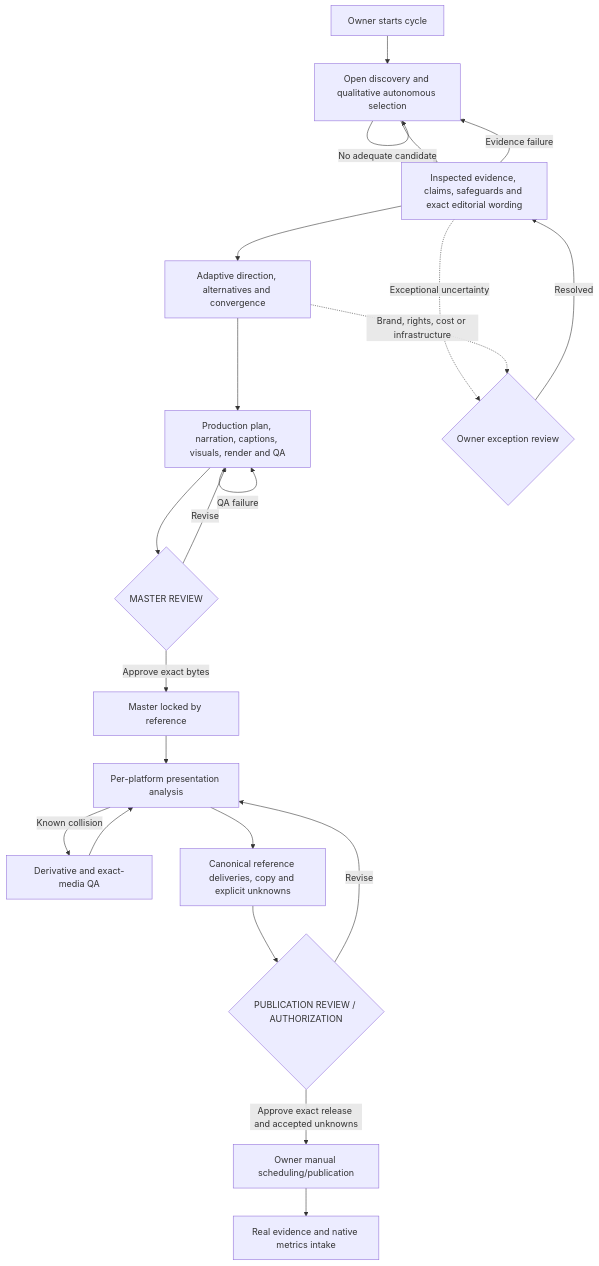
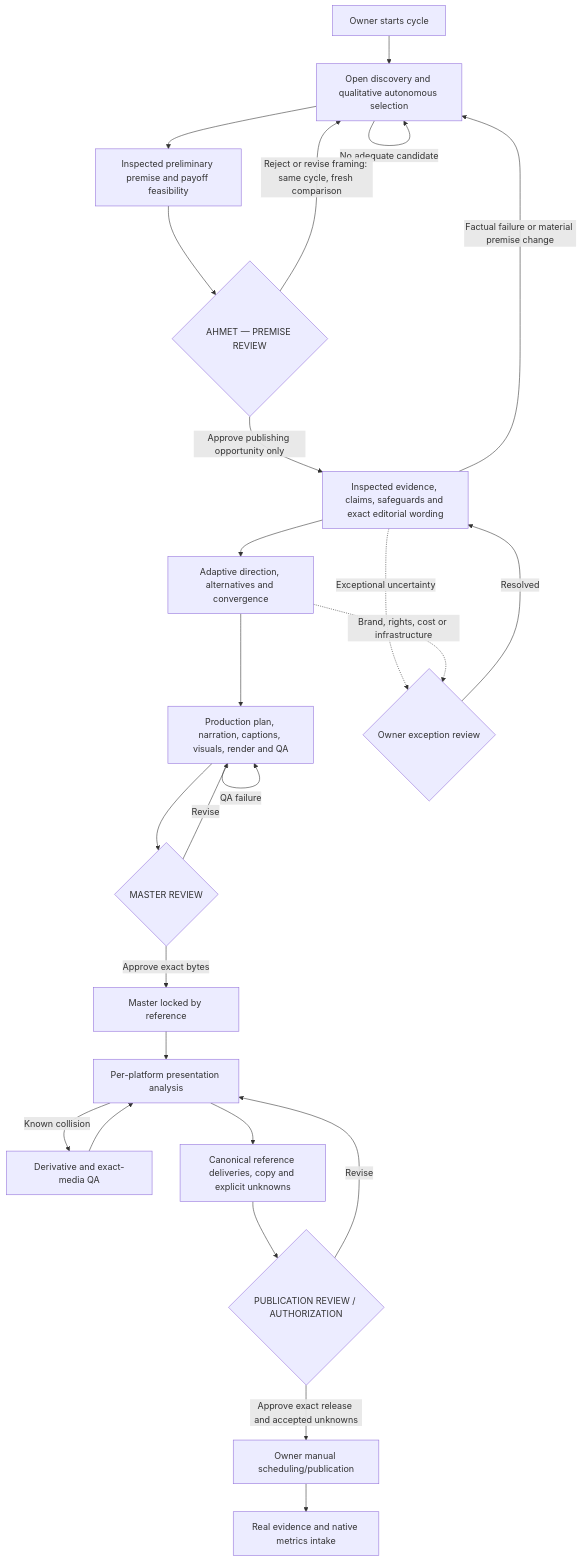
One commit to AhmetNishefci/Magnivis changed the diagram in docs/WORKFLOW-V3.md. Above: the diagram before and after it, drawn with Mermaid. The commit also changed other lines of this file and 29 other files, not shown here.

Commit message:
Add prospective premise review and contextual editorial learning

````diff
--- a/docs/WORKFLOW-V3.md
+++ b/docs/WORKFLOW-V3.md
@@ -9,24 +11,27 @@
 ```mermaid
 flowchart TD
   A[Owner starts cycle] --> B[Open discovery and qualitative autonomous selection]
   B -->|No adequate candidate| B
-  B --> C[Inspected evidence, claims, safeguards and exact editorial wording]
-  C -->|Evidence failure| B
+  B --> P[Inspected preliminary premise and payoff feasibility]
+  P --> Q{AHMET — PREMISE REVIEW}
+  Q -->|Reject or revise framing: same cycle, fresh comparison| B
+  Q -->|Approve publishing opportunity only| C[Inspected evidence, claims, safeguards and exact editorial wording]
+  C -->|Factual failure or material premise change| B
   C --> D[Adaptive direction, alternatives and convergence]
   D --> E[Production plan, narration, captions, visuals, render and QA]
   E -->|QA failure| E
   E --> F{MASTER REVIEW}
   F -->|Revise| E
   F -->|Approve exact bytes| G[Master locked by reference]
   G --> H[Per-platform presentation analysis]
   H -->|Known collision| I[Derivative and exact-media QA]
   I --> H
   H --> J[Canonical reference deliveries, copy and explicit unknowns]
   J --> K{PUBLICATION REVIEW / AUTHORIZATION}
   K -->|Revise| H
   K -->|Approve exact release and accepted unknowns| L[Owner manual scheduling/publication]
   L --> M[Real evidence and native metrics intake]
   C -. Exceptional uncertainty .-> X{Owner exception review}
   D -. Brand, rights, cost or infrastructure .-> X
   X -->|Resolved| C
 ```
````
